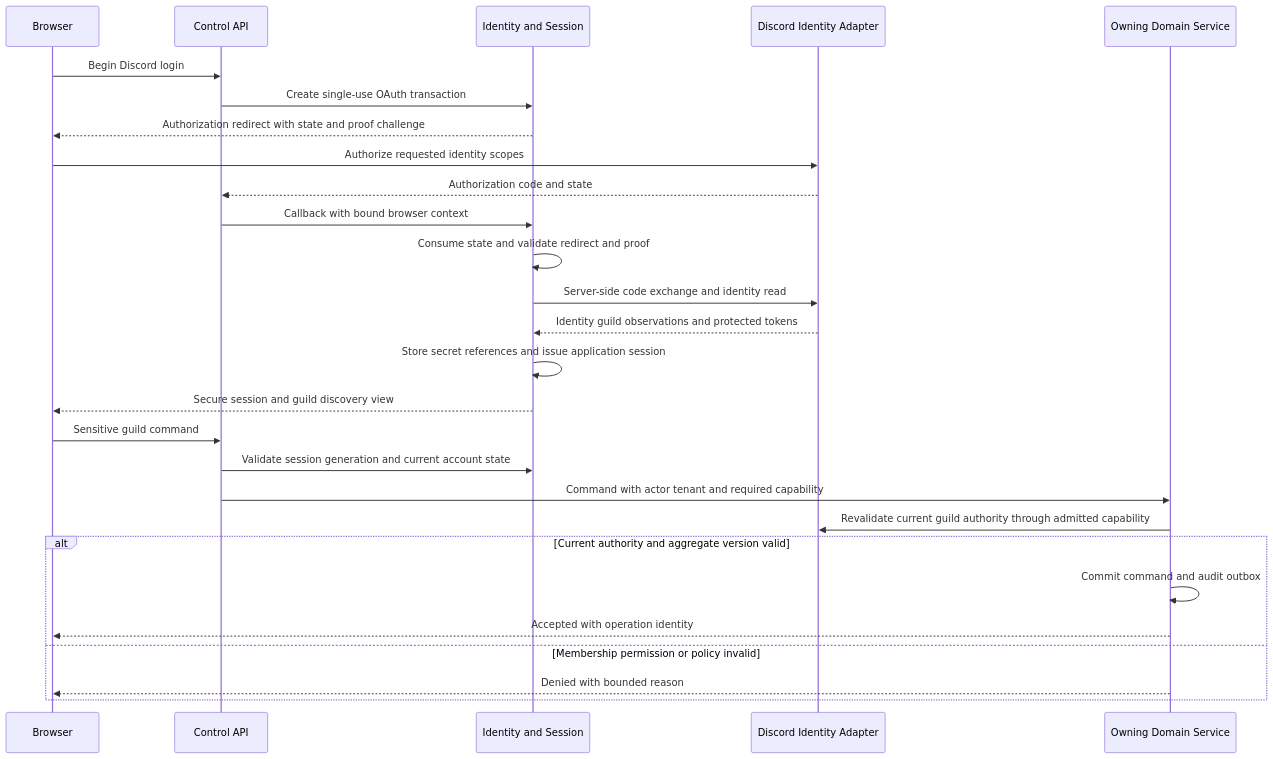
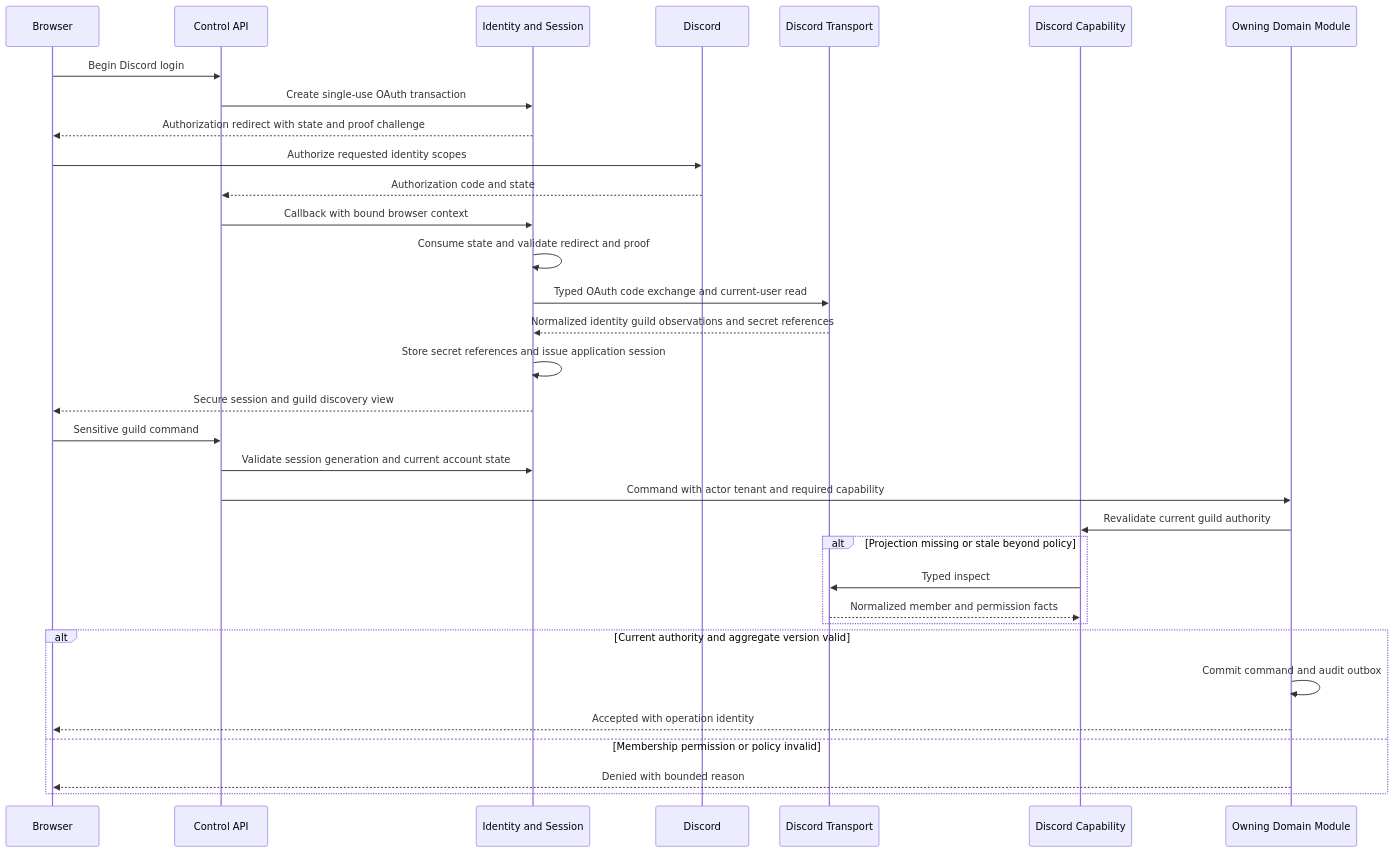
One commit to obsidia-systems/Discord-Bot-Open-Source changed diagram 47 of 54 in docs/architecture/04-runtime-flows.md. Above: the diagram before and after it, drawn with Mermaid. The commit also changed other lines of this file and 27 other files, not shown here.

First line of the commit message:
feat(architecture): add comprehensive architecture review documentation

````diff
--- a/docs/architecture/04-runtime-flows.md
+++ b/docs/architecture/04-runtime-flows.md
@@ -1612,30 +1700,36 @@
 ```mermaid
 sequenceDiagram
     participant Browser
     participant API as Control API
     participant Identity as Identity and Session
-    participant Discord as Discord Identity Adapter
-    participant Owner as Owning Domain Service
+    participant Discord
+    participant Transport as Discord Transport
+    participant Capability as Discord Capability
+    participant Owner as Owning Domain Module
 
     Browser->>API: Begin Discord login
     API->>Identity: Create single-use OAuth transaction
     Identity-->>Browser: Authorization redirect with state and proof challenge
     Browser->>Discord: Authorize requested identity scopes
     Discord-->>API: Authorization code and state
     API->>Identity: Callback with bound browser context
     Identity->>Identity: Consume state and validate redirect and proof
-    Identity->>Discord: Server-side code exchange and identity read
-    Discord-->>Identity: Identity guild observations and protected tokens
+    Identity->>Transport: Typed OAuth code exchange and current-user read
+    Transport-->>Identity: Normalized identity guild observations and secret references
     Identity->>Identity: Store secret references and issue application session
     Identity-->>Browser: Secure session and guild discovery view
     Browser->>API: Sensitive guild command
     API->>Identity: Validate session generation and current account state
     API->>Owner: Command with actor tenant and required capability
-    Owner->>Discord: Revalidate current guild authority through admitted capability
+    Owner->>Capability: Revalidate current guild authority
+    alt Projection missing or stale beyond policy
+        Capability->>Transport: Typed inspect
+        Transport-->>Capability: Normalized member and permission facts
+    end
     alt Current authority and aggregate version valid
         Owner->>Owner: Commit command and audit outbox
         Owner-->>Browser: Accepted with operation identity
     else Membership permission or policy invalid
         Owner-->>Browser: Denied with bounded reason
     end
 ```
````
